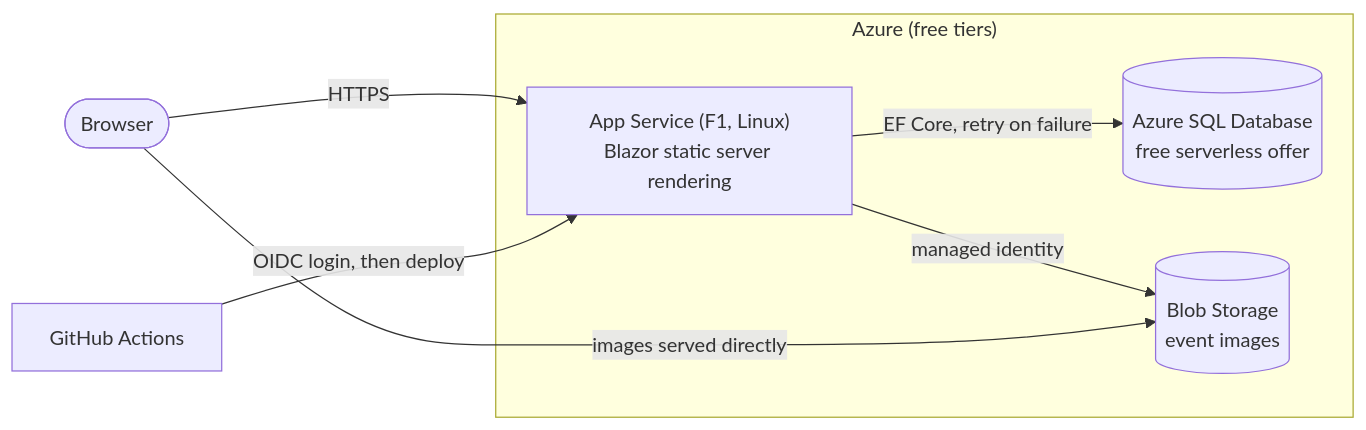
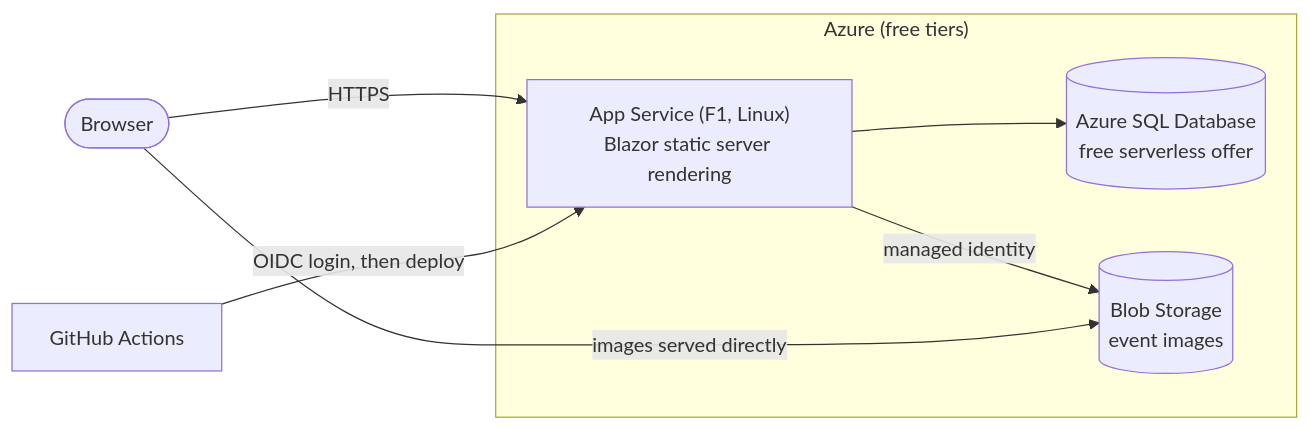
One commit to aboutblank0/event-booking-azure changed the diagram in README.md. Above: the diagram before and after it, drawn with Mermaid. The commit also changed other lines of this file, not shown here.

````diff
--- a/README.md
+++ b/README.md
@@ -106,16 +40,16 @@
 ```mermaid
 flowchart LR
     user([Browser]) -->|HTTPS| app
 
     subgraph Azure ["Azure (free tiers)"]
         app["App Service (F1, Linux)<br/>Blazor static server rendering"]
         sql[("Azure SQL Database<br/>free serverless offer")]
         blob[("Blob Storage<br/>event images")]
     end
 
-    app -->|EF Core, retry on failure| sql
+    app --> sql
     app -->|managed identity| blob
     user -->|images served directly| blob
 
     gh["GitHub Actions"] -->|"OIDC login, then deploy"| app
 ```
````
